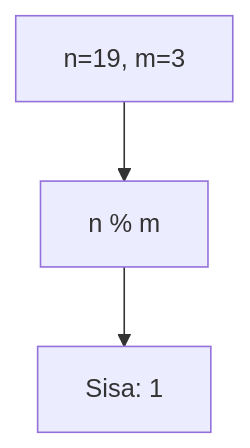
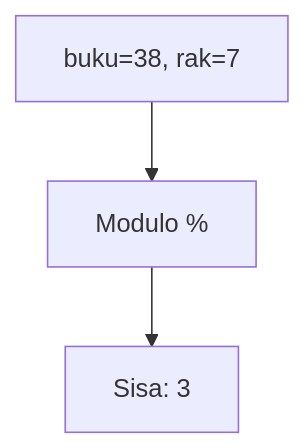
The tenth of 25 diagrams in part-c-pemahaman-cpp/01-tipe-data/latihan/set-11.md (amnahwaida/OSNK_INF_PREP), drawn with Mermaid before and after one commit. The commit also changed other lines of this file and 71 other files, not shown here.

````diff
--- a/part-c-pemahaman-cpp/01-tipe-data/latihan/set-11.md
+++ b/part-c-pemahaman-cpp/01-tipe-data/latihan/set-11.md
@@ -241,5 +279,5 @@
 ```mermaid
 graph TD
-A["n=19, m=3"] --> B["n % m"]
-B --> C["Sisa: 1"]
+A["buku=38, rak=7"] --> B["Modulo %"]
+B --> C["Sisa: 3"]
 ```
````
